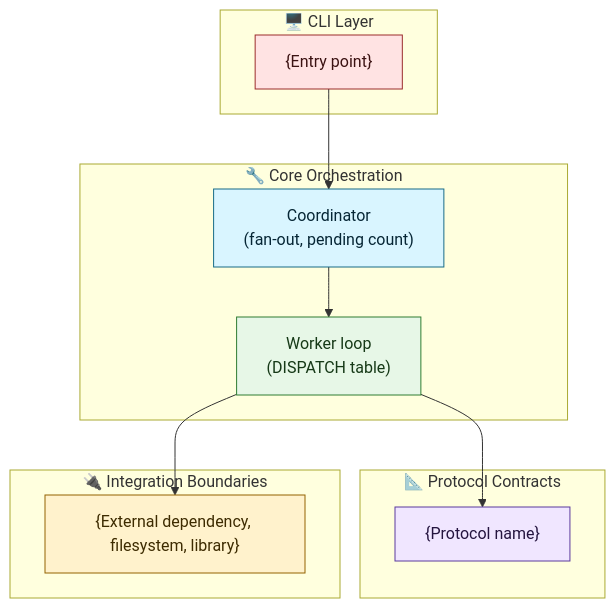
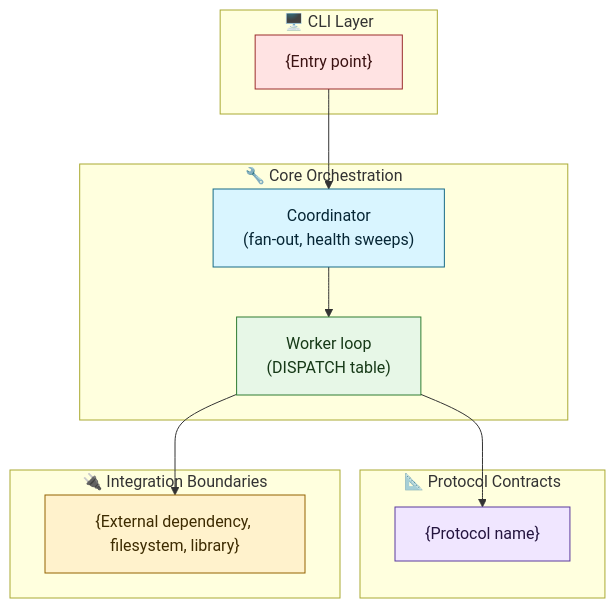
The diagram in docs/templates/architecture-document-template.md (kirkpatrickprice/PIIDigger), drawn with Mermaid before and after one commit. The commit also changed 3 other files, not shown here.

First line of the commit message:
docs(coordinator): Bring architecture docs in line with the registry/pool rewrite

````diff
--- a/docs/templates/architecture-document-template.md
+++ b/docs/templates/architecture-document-template.md
@@ -32,31 +32,31 @@
 ```mermaid
 flowchart TB
     subgraph cli_group["🖥️ CLI Layer"]
         CLI["{Entry point}"]:::cli
     end
 
     subgraph core_group["🔧 Core Orchestration"]
-        COORD["Coordinator\n(fan-out, pending count)"]:::coreService
+        COORD["Coordinator\n(fan-out, health sweeps)"]:::coreService
         WORKER["Worker loop\n(DISPATCH table)"]:::component
     end
 
     subgraph protocol_group["📐 Protocol Contracts"]
         P1["{Protocol name}"]:::protocol
     end
 
     subgraph integration_group["🔌 Integration Boundaries"]
         EXT["{External dependency, filesystem, library}"]:::integration
     end
 
     CLI --> COORD
     COORD --> WORKER
     WORKER --> P1
     WORKER --> EXT
 
     classDef coreService fill:#d9f5ff,stroke:#176b87,stroke-width:1px,color:#062635
     classDef protocol fill:#f0e6ff,stroke:#5b3a9e,stroke-width:1px,color:#24143f
     classDef component fill:#e7f7e7,stroke:#2f7d32,stroke-width:1px,color:#163917
     classDef integration fill:#fff2cc,stroke:#946200,stroke-width:1px,color:#3d2b00
     classDef cli fill:#ffe3e3,stroke:#9b2c2c,stroke-width:1px,color:#3b1212
     classDef group fill:#f8f9fa,stroke:#adb5bd,stroke-width:1px,color:#1f2328
 ```
````
